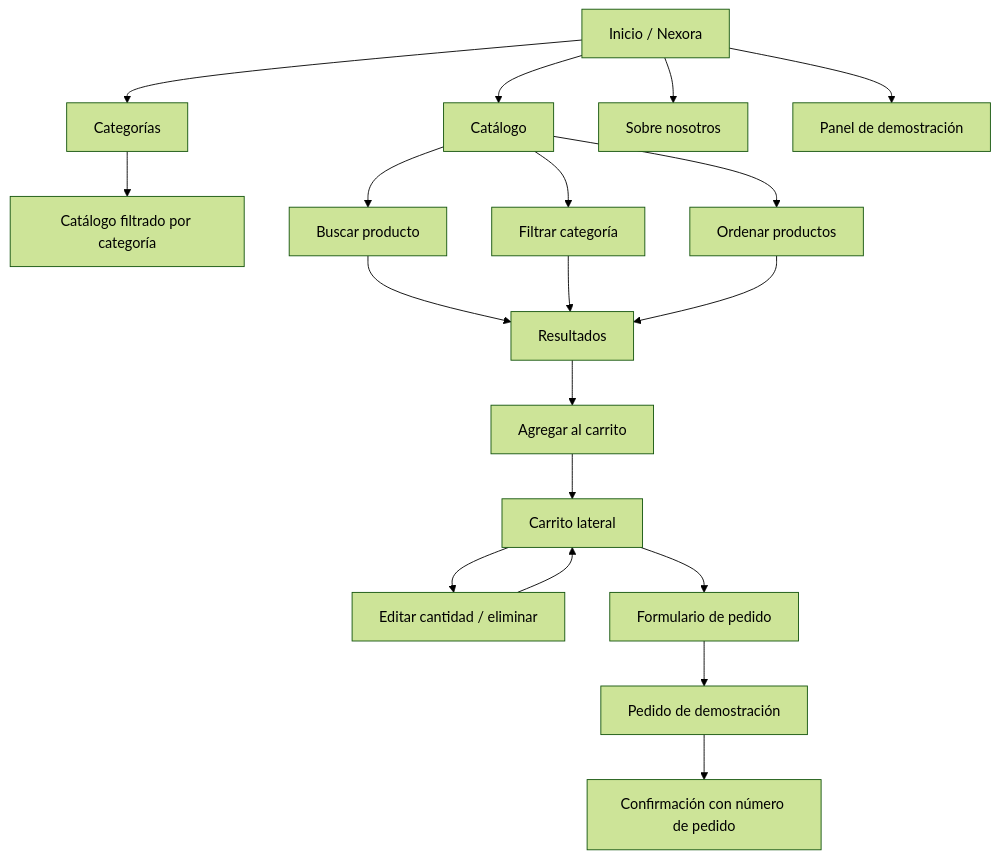
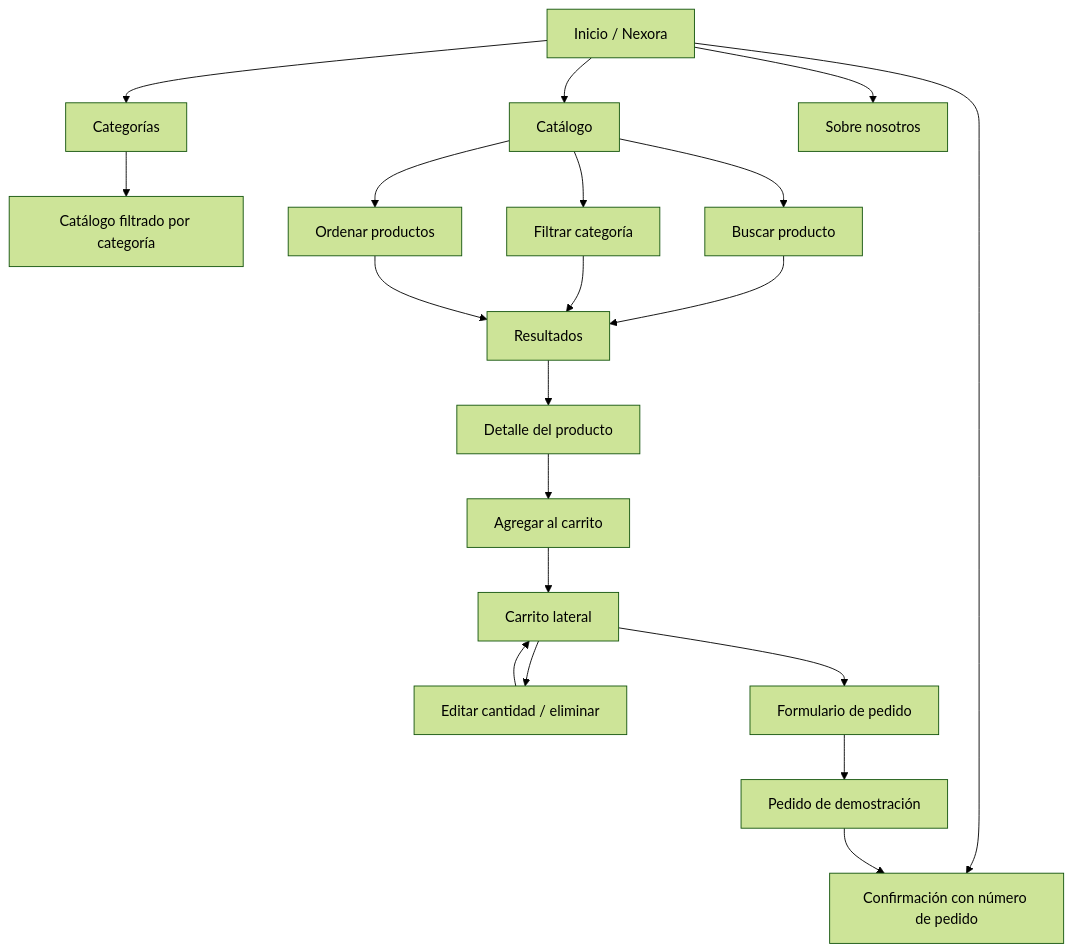
The diagram in docs/MAPA-NAVEGACION.md (afelipe096/proyecto_ingWeb), drawn with Mermaid (forest theme) before and after one commit. The commit also changed other lines of this file, not shown here.

Commit message:
Align requirements and test documentation with implemented product details

````diff
--- a/docs/MAPA-NAVEGACION.md
+++ b/docs/MAPA-NAVEGACION.md
@@ -5,21 +5,22 @@
 ```mermaid
 flowchart TD
     A[Inicio / Nexora] --> B[Catálogo]
     A --> C[Categorías]
     A --> D[Sobre nosotros]
     A --> P[Panel de demostración]
     C --> E[Catálogo filtrado por categoría]
     B --> F[Buscar producto]
     B --> G[Filtrar categoría]
     B --> H[Ordenar productos]
     F --> I[Resultados]
     G --> I
     H --> I
-    I --> J[Agregar al carrito]
-    J --> K[Carrito lateral]
-    K --> L[Editar cantidad / eliminar]
-    L --> K
-    K --> M[Formulario de pedido]
-    M --> N[Pedido de demostración]
-    N --> O[Confirmación con número de pedido]
+    I --> J[Detalle del producto]
+    J --> K[Agregar al carrito]
+    K --> L[Carrito lateral]
+    L --> M[Editar cantidad / eliminar]
+    M --> L
+    L --> N[Formulario de pedido]
+    N --> O[Pedido de demostración]
+    O --> P[Confirmación con número de pedido]
 ```
````
